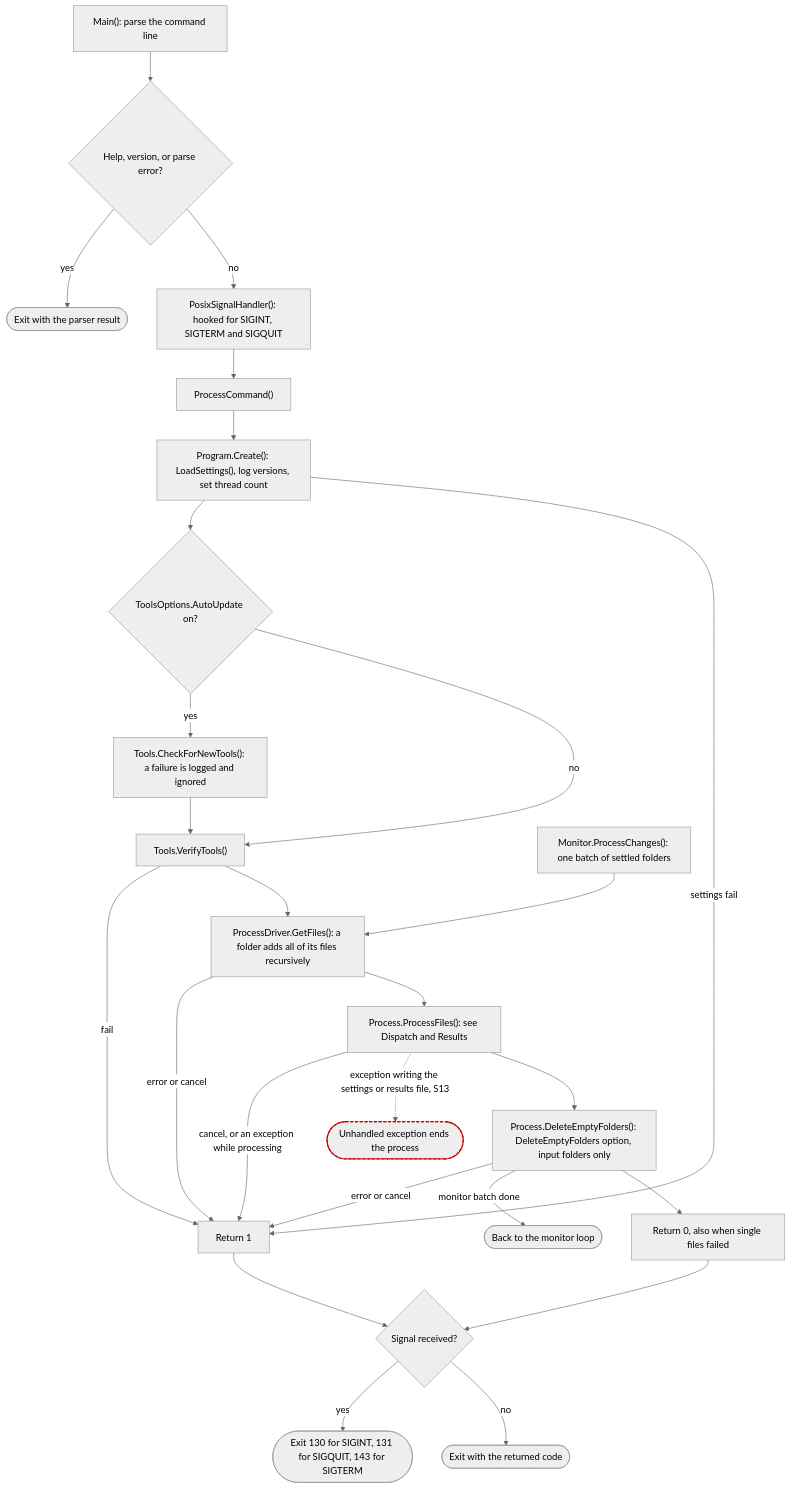
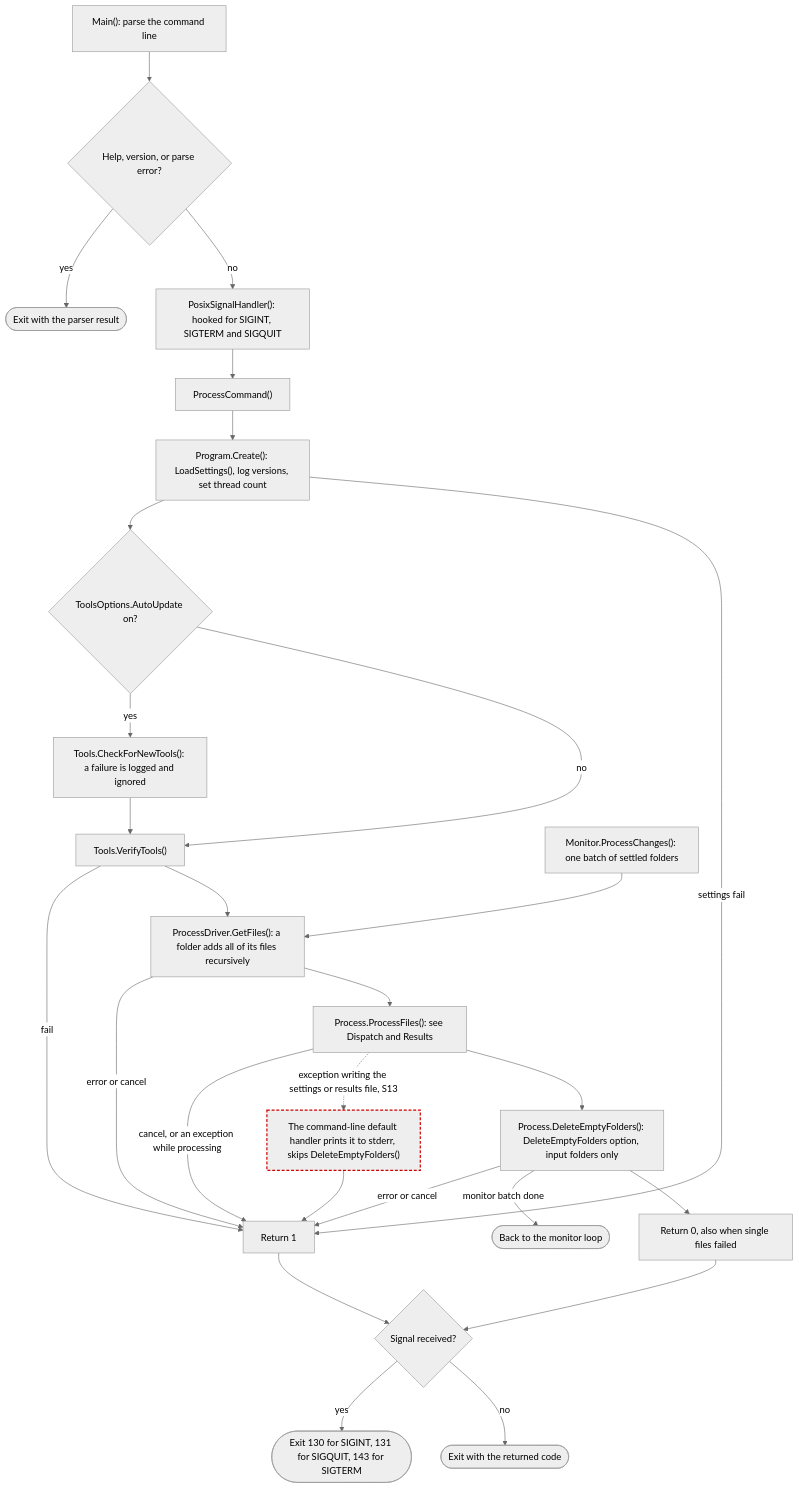
One commit to ptr727/PlexCleaner changed the first of 11 diagrams in ARCHITECTURE.md. Above: the diagram before and after it, drawn with Mermaid (neutral theme). The commit also changed other lines of this file, not shown here.

First line of the commit message:
Correct Further Process Diagram Branches From the Second Review

````diff
--- a/ARCHITECTURE.md
+++ b/ARCHITECTURE.md
@@ -227,29 +228,30 @@
 ```mermaid
 flowchart TD
   A["Main(): parse the command line"] --> A1{"Help, version, or parse error?"}
   A1 -->|yes| AX(["Exit with the parser result"])
   A1 -->|no| A2["PosixSignalHandler(): hooked for SIGINT, SIGTERM and SIGQUIT"]
   A2 --> B["ProcessCommand()"]
   B --> C["Program.Create(): LoadSettings(), log versions, set thread count"]
   C --> C1{"ToolsOptions.AutoUpdate on?"}
   C1 -->|yes| C2["Tools.CheckForNewTools(): a failure is logged and ignored"]
   C1 -->|no| C3
   C2 --> C3["Tools.VerifyTools()"]
   C --> |settings fail| R1
   C3 -->|fail| R1["Return 1"]
   C3 --> D["ProcessDriver.GetFiles(): a folder adds all of its files recursively"]
   MON["Monitor.ProcessChanges(): one batch of settled folders"] --> D
   D -->|error or cancel| R1
   D --> F["Process.ProcessFiles(): see Dispatch and Results"]
   F -->|"cancel, or an exception while processing"| R1
-  F -.->|"exception writing the settings or results file, S13"| CRASH(["Unhandled exception ends the process"]):::suspect
+  F -.->|"exception writing the settings or results file, S13"| CRASH["The command-line default handler prints it to stderr, skips DeleteEmptyFolders()"]:::suspect
+  CRASH --> R1
   F --> G["Process.DeleteEmptyFolders(): DeleteEmptyFolders option, input folders only"]
   G -->|error or cancel| R1
   G -->|"monitor batch done"| MON2(["Back to the monitor loop"])
   G --> R0["Return 0, also when single files failed"]
   R0 --> S{"Signal received?"}
   R1 --> S
   S -->|yes| ES(["Exit 130 for SIGINT, 131 for SIGQUIT, 143 for SIGTERM"])
   S -->|no| EN(["Exit with the returned code"])
   classDef suspect stroke:#c00,stroke-width:2px,stroke-dasharray:5 3
 ```
````
